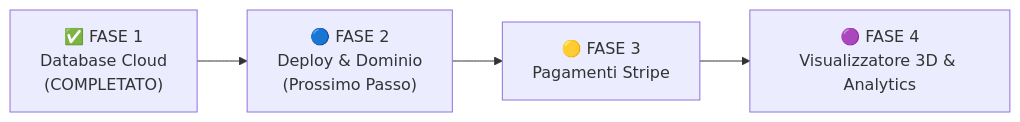
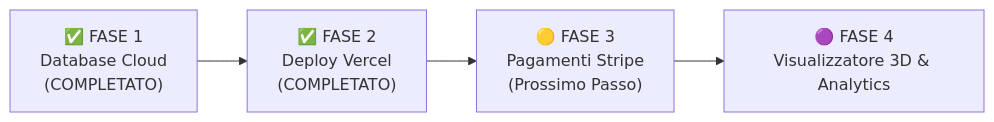
One commit to MarcoM1984/smarttoon changed the diagram in MANUALE_ADMIN_SMARTTOON.md. Above: the diagram before and after it, drawn with Mermaid. The commit also changed other lines of this file, not shown here.

Commit message:
Update Manual Admin to v2.0 (Live on Vercel)

````diff
--- a/MANUALE_ADMIN_SMARTTOON.md
+++ b/MANUALE_ADMIN_SMARTTOON.md
@@ -27,6 +28,6 @@
 ```mermaid
 flowchart LR
-    Fase1["✅ FASE 1<br/>Database Cloud<br/>(COMPLETATO)"] --> Fase2["🔵 FASE 2<br/>Deploy & Dominio<br/>(Prossimo Passo)"]
-    Fase2 --> Fase3["🟡 FASE 3<br/>Pagamenti Stripe"]
+    Fase1["✅ FASE 1<br/>Database Cloud<br/>(COMPLETATO)"] --> Fase2["✅ FASE 2<br/>Deploy Vercel<br/>(COMPLETATO)"]
+    Fase2 --> Fase3["🟡 FASE 3<br/>Pagamenti Stripe<br/>(Prossimo Passo)"]
     Fase3 --> Fase4["🟣 FASE 4<br/>Visualizzatore 3D & Analytics"]
 ```
````
